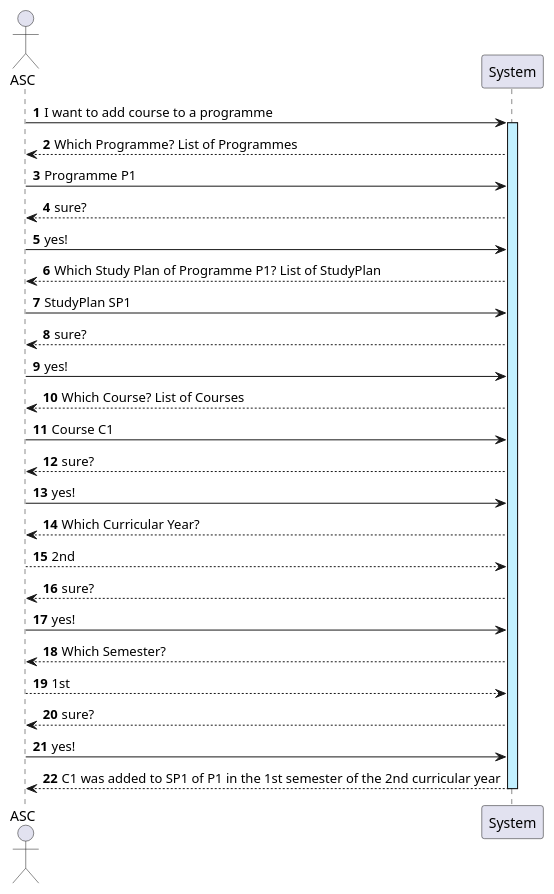
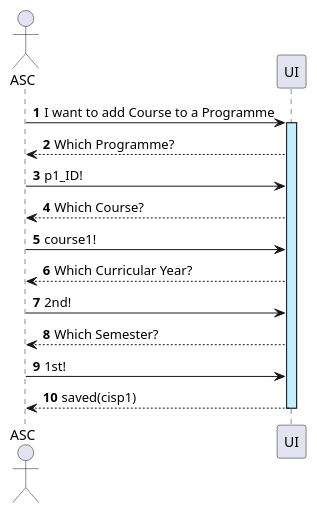
Before and after one commit to GasparISEP/DevOps-PAI: the diagram in docs/US03/US03_AddCourseToAProgramme_SSD.puml, drawn with PlantUML. The commit also changed 3 other files, not shown here.

Commit message:
chore(diagram): update/refine class and sequence diagrams for clarity (#300)

```diff
--- a/docs/US03/US03_AddCourseToAProgramme_SSD.puml
+++ b/docs/US03/US03_AddCourseToAProgramme_SSD.puml
@@ -1,29 +1,17 @@
 @startuml
 actor ASC
+participant UI
+skinparam sequenceLifeLineBackgroundColor #application
 autonumber
 
-
-ASC -> System ++ #application: I want to add course to a programme
-System --> ASC: Which Programme? List of Programmes
-ASC -> System: Programme P1
-System --> ASC : sure?
-ASC -> System: yes!
-System --> ASC: Which Study Plan of Programme P1? List of StudyPlan
-ASC -> System: StudyPlan SP1
-System --> ASC: sure?
-ASC -> System: yes!
-System --> ASC : Which Course? List of Courses
-ASC -> System: Course C1
-System --> ASC: sure?
-ASC -> System: yes!
-System --> ASC: Which Curricular Year?
-ASC --> System: 2nd
-System --> ASC: sure?
-ASC -> System: yes!
-System --> ASC: Which Semester?
-ASC --> System: 1st
-System --> ASC: sure?
-ASC -> System: yes!
-System --> ASC --: C1 was added to SP1 of P1 in the 1st semester of the 2nd curricular year
-
+ASC -> UI ++  : I want to add Course to a Programme
+UI --> ASC : Which Programme?
+ASC -> UI : p1_ID!
+UI --> ASC : Which Course?
+ASC -> UI : course1!
+UI --> ASC : Which Curricular Year?
+ASC -> UI : 2nd!
+UI --> ASC : Which Semester?
+ASC -> UI : 1st!
+UI --> ASC -- : saved(cisp1)
 @enduml
```
